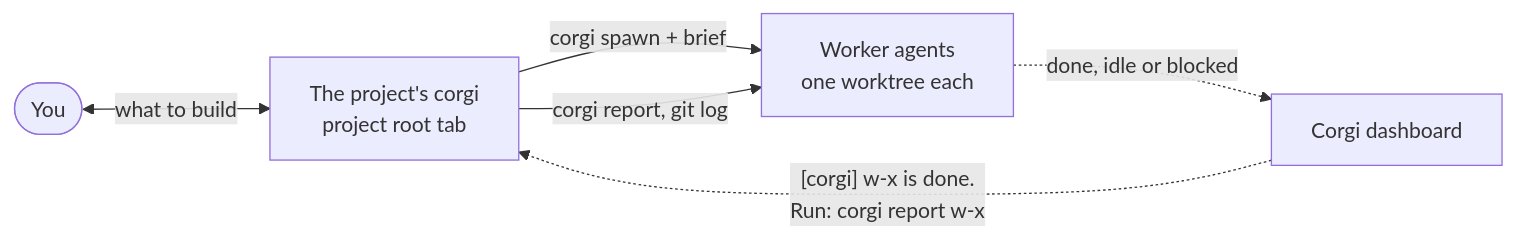
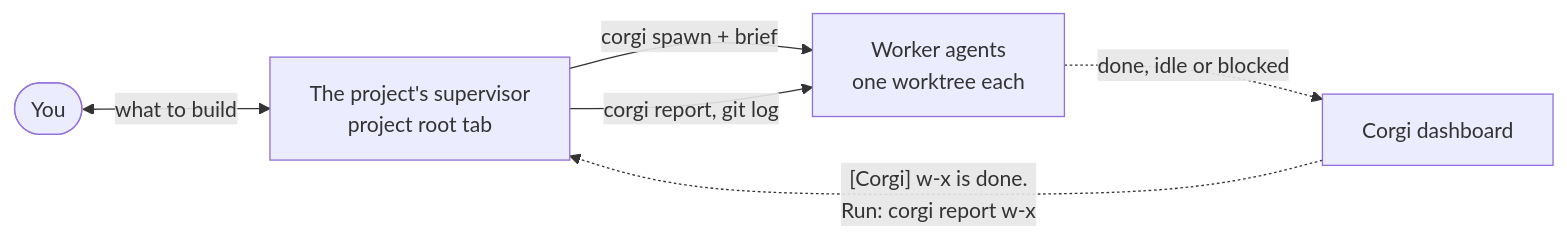
One commit to zyrre/corgi changed the diagram in README.md. Above: the diagram before and after it, drawn with Mermaid. The commit also changed other lines of this file and 10 other files, not shown here.

````diff
--- a/README.md
+++ b/README.md
@@ -88,8 +88,8 @@
 ```mermaid
 flowchart LR
-    you(["You"]) <-->|"what to build"| corgi["The project's corgi<br/>project root tab"]
-    corgi -->|"corgi spawn + brief"| workers["Worker agents<br/>one worktree each"]
+    you(["You"]) <-->|"what to build"| supervisor["The project's supervisor<br/>project root tab"]
+    supervisor -->|"corgi spawn + brief"| workers["Worker agents<br/>one worktree each"]
     workers -.->|"done, idle or blocked"| dashboard["Corgi dashboard"]
-    dashboard -.->|"[corgi] w-x is done.<br/>Run: corgi report w-x"| corgi
-    corgi -->|"corgi report, git log"| workers
+    dashboard -.->|"[Corgi] w-x is done.<br/>Run: corgi report w-x"| supervisor
+    supervisor -->|"corgi report, git log"| workers
 ```
````
